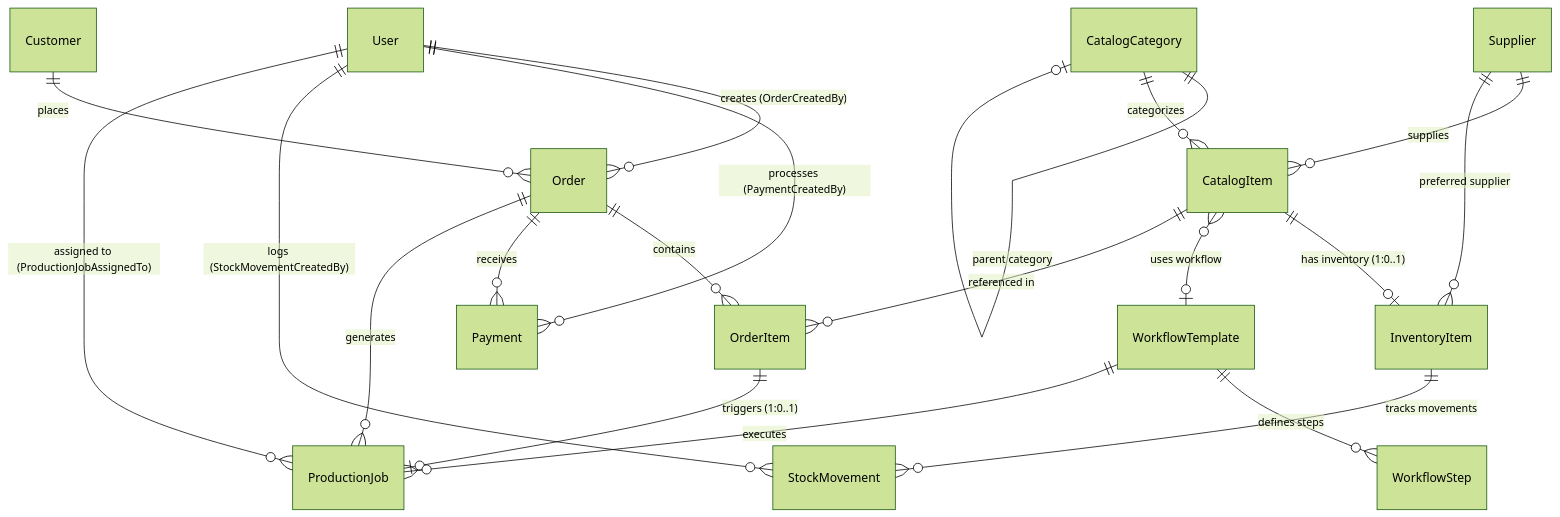
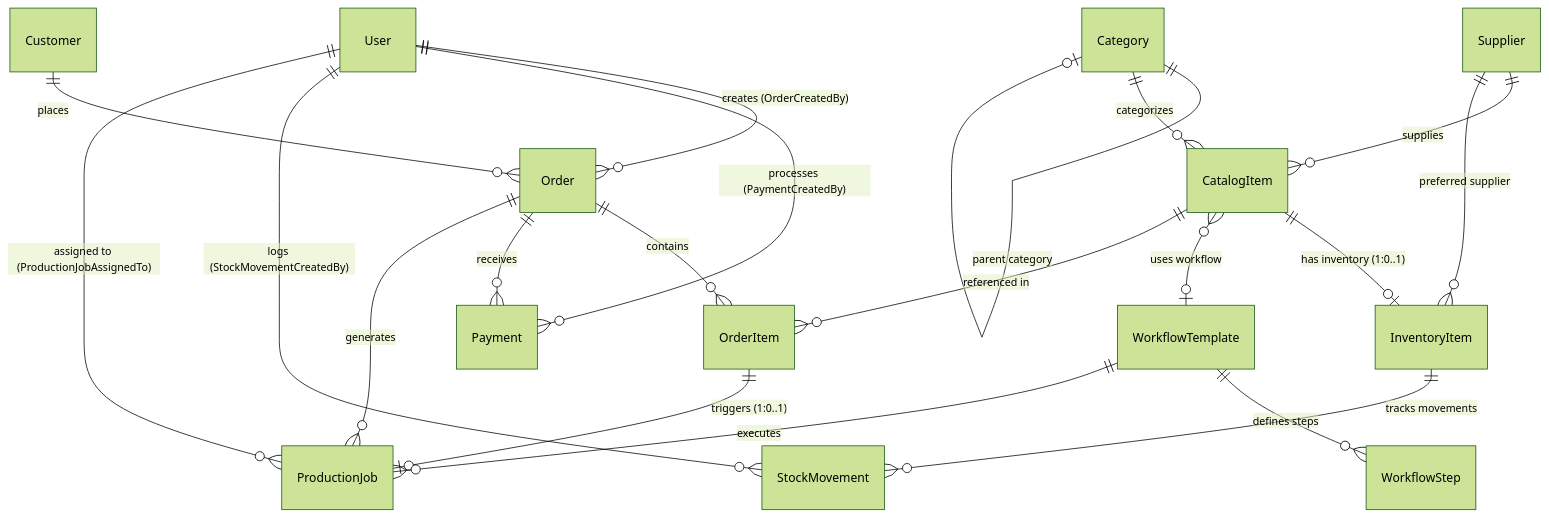
The diagram in docs/ERD.md (allansee888/studio-os), drawn with Mermaid (forest theme) before and after one commit. The commit also changed other lines of this file and 17 other files, not shown here.

````diff
--- a/docs/ERD.md
+++ b/docs/ERD.md
@@ -7,30 +7,30 @@
 ```mermaid
 erDiagram
     User ||--o{ Order : "creates (OrderCreatedBy)"
     User ||--o{ Payment : "processes (PaymentCreatedBy)"
     User ||--o{ StockMovement : "logs (StockMovementCreatedBy)"
     User ||--o{ ProductionJob : "assigned to (ProductionJobAssignedTo)"
 
-    CatalogCategory ||--o| CatalogCategory : "parent category"
-    CatalogCategory ||--o{ CatalogItem : "categorizes"
+    Category ||--o| Category : "parent category"
+    Category ||--o{ CatalogItem : "categorizes"
 
     Supplier ||--o{ CatalogItem : "supplies"
     Supplier ||--o{ InventoryItem : "preferred supplier"
 
     CatalogItem ||--o| InventoryItem : "has inventory (1:0..1)"
     CatalogItem }o--o| WorkflowTemplate : "uses workflow"
     CatalogItem ||--o{ OrderItem : "referenced in"
 
     Customer ||--o{ Order : "places"
 
     Order ||--o{ OrderItem : "contains"
     Order ||--o{ Payment : "receives"
     Order ||--o{ ProductionJob : "generates"
 
     OrderItem ||--o| ProductionJob : "triggers (1:0..1)"
 
     InventoryItem ||--o{ StockMovement : "tracks movements"
 
     WorkflowTemplate ||--o{ WorkflowStep : "defines steps"
     WorkflowTemplate ||--o{ ProductionJob : "executes"
 ```
````
